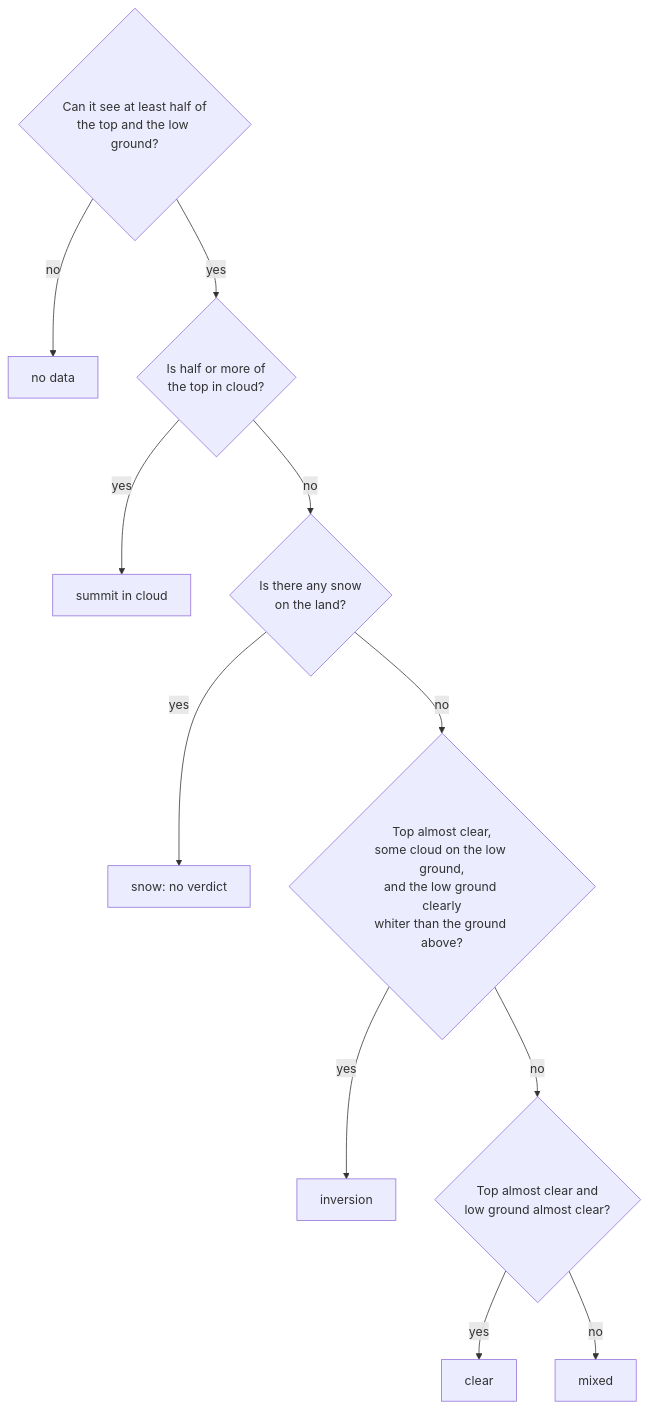
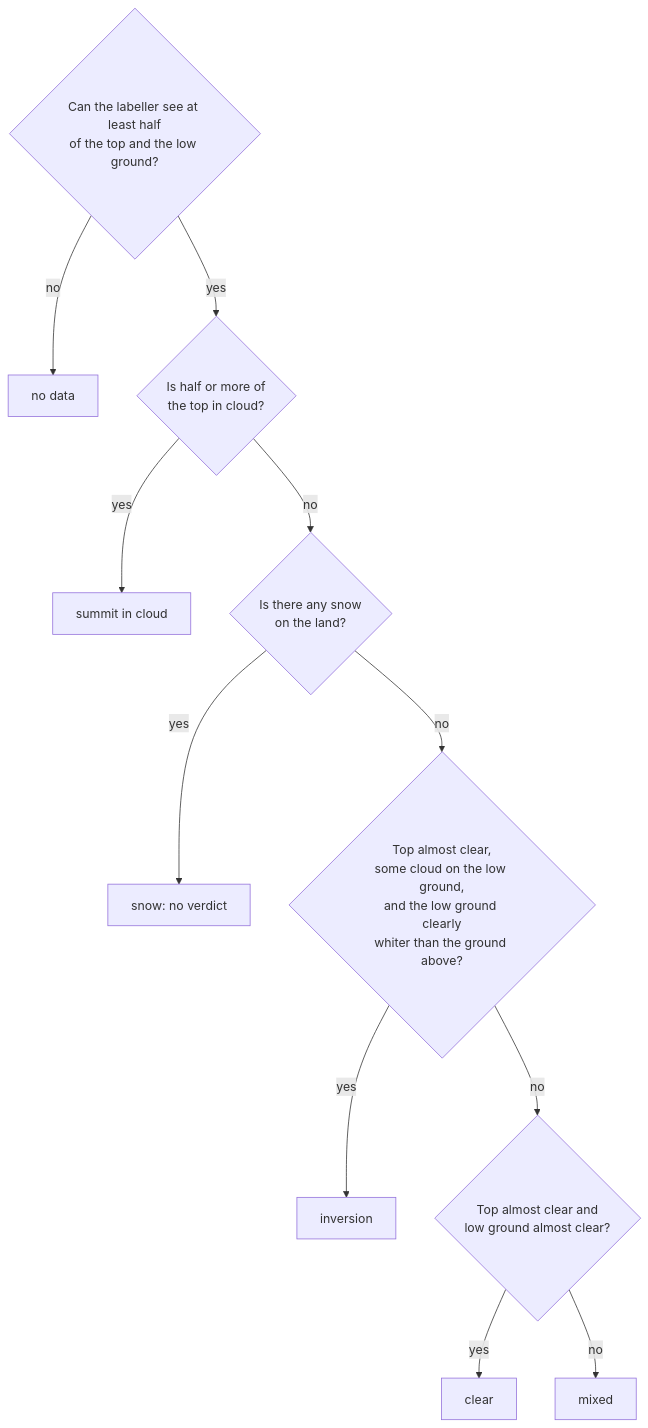
The second of 2 diagrams in README.md (clbutler/cloud_inv), drawn with Mermaid before and after one commit. The commit also changed other lines of this file, not shown here.

````diff
--- a/README.md
+++ b/README.md
@@ -132,13 +132,13 @@
 ```mermaid
 flowchart TD
-    A{Can it see at least half of<br/>the top and the low ground?} -- no --> N[no data]
+    A{Can the labeller see at least half<br/>of the top and the low ground?} -- no --> N[no data]
     A -- yes --> B{Is half or more of<br/>the top in cloud?}
     B -- yes --> S[summit in cloud]
     B -- no --> C{Is there any snow<br/>on the land?}
     C -- yes --> W[snow: no verdict]
     C -- no --> D{Top almost clear,<br/>some cloud on the low ground,<br/>and the low ground clearly<br/>whiter than the ground above?}
     D -- yes --> I[inversion]
     D -- no --> E{Top almost clear and<br/>low ground almost clear?}
     E -- yes --> L[clear]
     E -- no --> M[mixed]
 ```
````
